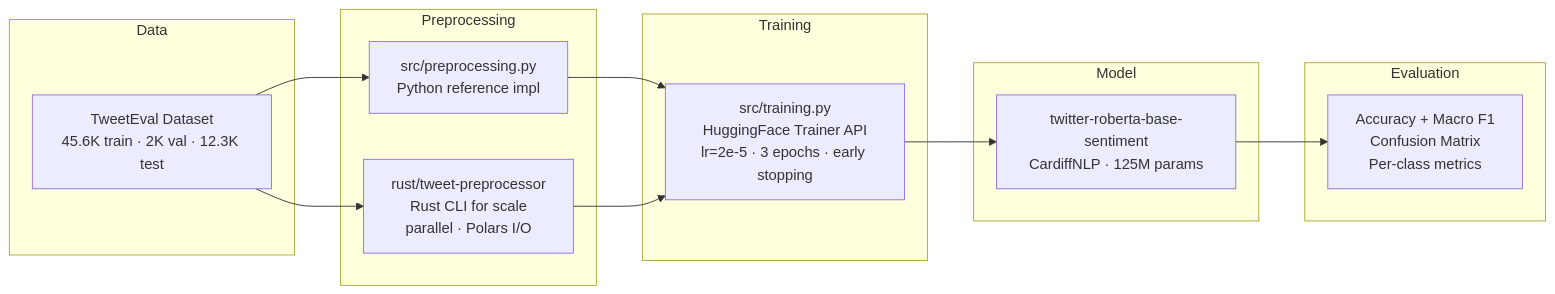
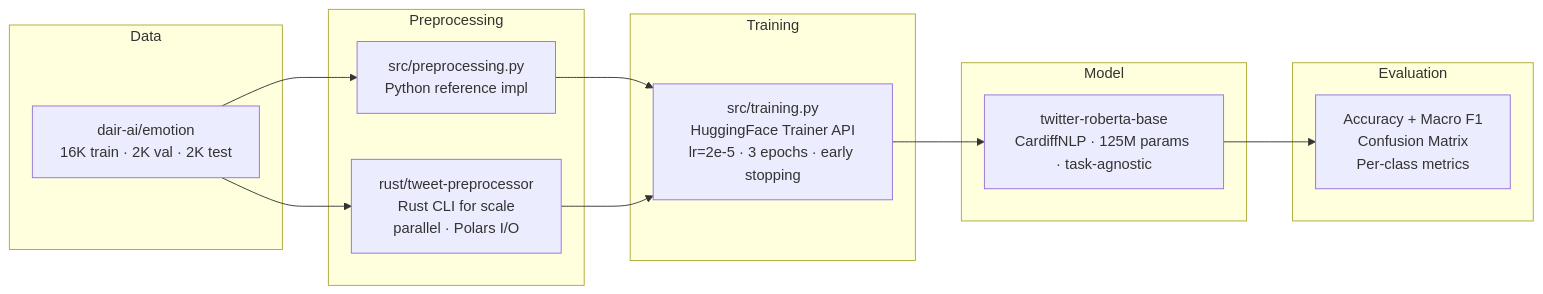
One commit to LukeSantossz/tweet-sentiment-analysis changed the diagram in README.md. Above: the diagram before and after it, drawn with Mermaid. The commit also changed other lines of this file, not shown here.

First line of the commit message:
docs(readme): distinguish v1 sentiment from the current emotion task

````diff
--- a/README.md
+++ b/README.md
@@ -38,27 +38,27 @@
 ```mermaid
 flowchart LR
     subgraph Data
-        A[TweetEval Dataset<br/>45.6K train · 2K val · 12.3K test]
+        A[dair-ai/emotion<br/>16K train · 2K val · 2K test]
     end
 
     subgraph Preprocessing
         B1[src/preprocessing.py<br/>Python reference impl]
         B2[rust/tweet-preprocessor<br/>Rust CLI for scale<br/>parallel · Polars I/O]
     end
 
     subgraph Training
         C[src/training.py<br/>HuggingFace Trainer API<br/>lr=2e-5 · 3 epochs · early stopping]
     end
 
     subgraph Model
-        D[twitter-roberta-base-sentiment<br/>CardiffNLP · 125M params]
+        D[twitter-roberta-base<br/>CardiffNLP · 125M params · task-agnostic]
     end
 
     subgraph Evaluation
         E[Accuracy + Macro F1<br/>Confusion Matrix<br/>Per-class metrics]
     end
 
     A --> B1 --> C
     A --> B2 --> C
     C --> D --> E
 ```
````
